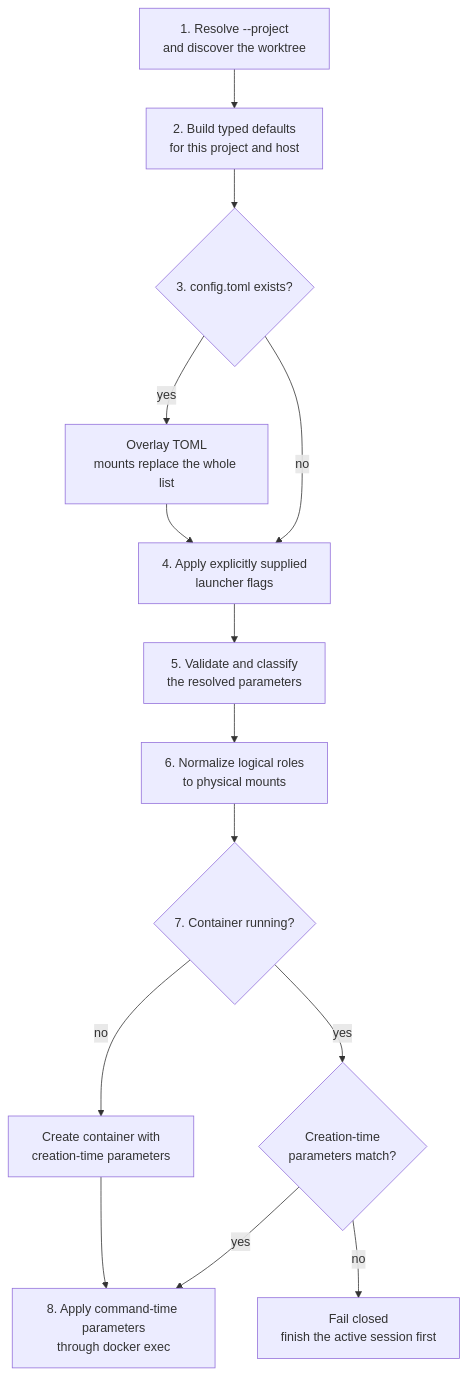
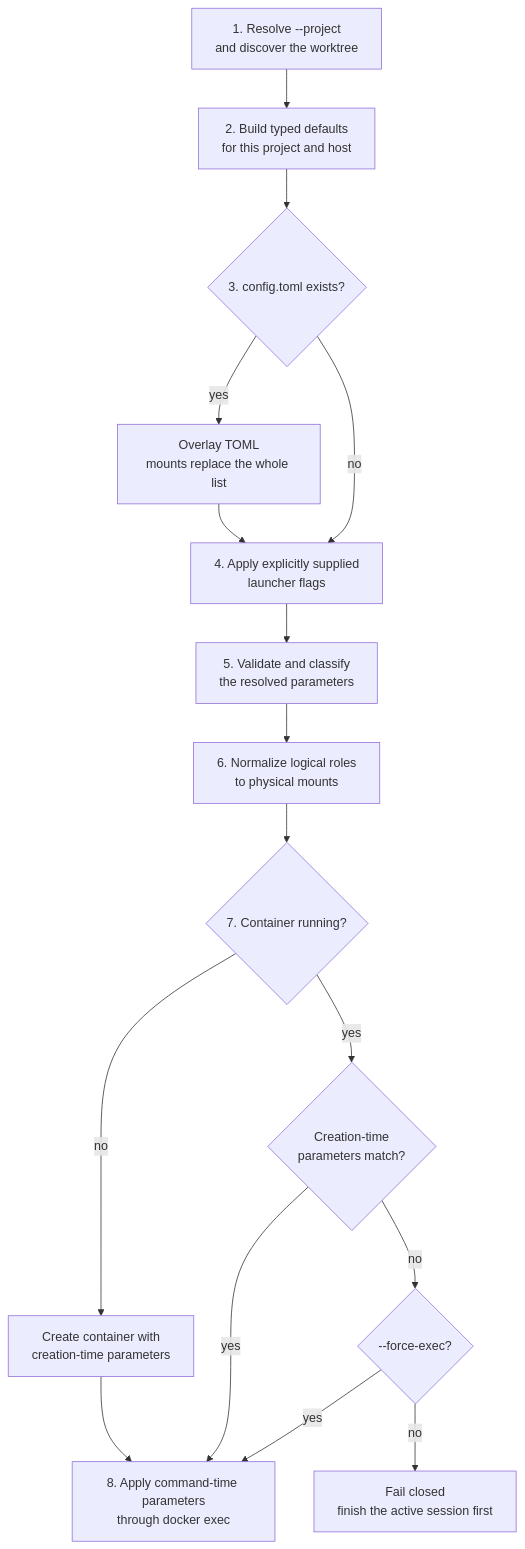
One commit to vkuptcov/agents-safe-environment changed the diagram in docs/design-docs/project-launcher-configuration.md. Above: the diagram before and after it, drawn with Mermaid. The commit also changed other lines of this file and 34 other files, not shown here.

````diff
--- a/docs/design-docs/project-launcher-configuration.md
+++ b/docs/design-docs/project-launcher-configuration.md
@@ -52,24 +53,27 @@
 ```mermaid
 flowchart TD
     Project["1. Resolve --project<br/>and discover the worktree"]
     Defaults["2. Build typed defaults<br/>for this project and host"]
     File{"3. config.toml exists?"}
     Overlay["Overlay TOML<br/>mounts replace the whole list"]
     Flags["4. Apply explicitly supplied<br/>launcher flags"]
     Validate["5. Validate and classify<br/>the resolved parameters"]
     Normalize["6. Normalize logical roles<br/>to physical mounts"]
     Running{"7. Container running?"}
     Compatible{"Creation-time<br/>parameters match?"}
+    Force{"--force-exec?"}
     Reject["Fail closed<br/>finish the active session first"]
     Create["Create container with<br/>creation-time parameters"]
     Command["8. Apply command-time parameters<br/>through docker exec"]
 
     Project --> Defaults --> File
     File -->|yes| Overlay --> Flags
     File -->|no| Flags
     Flags --> Validate --> Normalize --> Running
     Running -->|no| Create --> Command
     Running -->|yes| Compatible
     Compatible -->|yes| Command
-    Compatible -->|no| Reject
+    Compatible -->|no| Force
+    Force -->|yes| Command
+    Force -->|no| Reject
 ```
````
